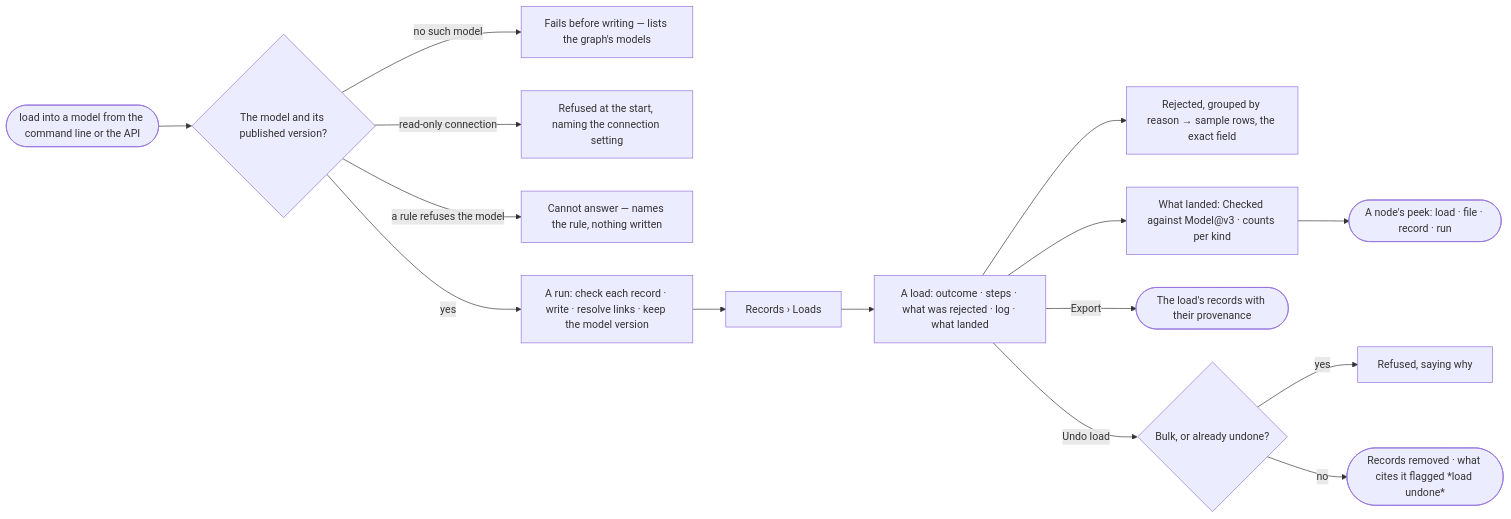
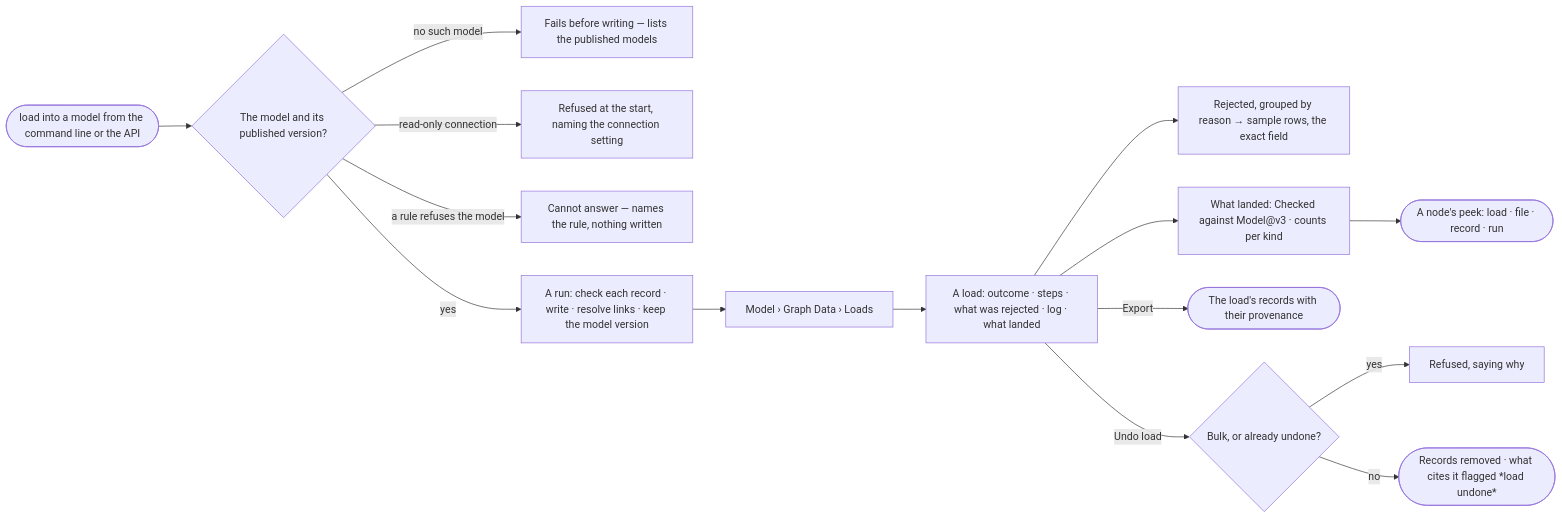
The diagram in specs/capabilities/records/features/RC-F02-bring-records-in/stories/RC-09-see-every-load-and-what-it-rejected/story.md (invana/invana), drawn with Mermaid before and after one commit. The commit also changed other lines of this file and 456 other files, not shown here.

````diff
--- a/specs/capabilities/records/features/RC-F02-bring-records-in/stories/RC-09-see-every-load-and-what-it-rejected/story.md
+++ b/specs/capabilities/records/features/RC-F02-bring-records-in/stories/RC-09-see-every-load-and-what-it-rejected/story.md
@@ -29,17 +30,17 @@
 ```mermaid
 flowchart LR
   c([load into a model from the command line or the API]) --> mv{"The model and its published version?"}
-  mv -->|no such model| x1["Fails before writing — lists the graph's models"]
+  mv -->|no such model| x1["Fails before writing — lists the published models"]
   mv -->|read-only connection| x2["Refused at the start, naming the connection setting"]
   mv -->|a rule refuses the model| x3["Cannot answer — names the rule, nothing written"]
   mv -->|yes| r["A run: check each record · write · resolve links · keep the model version"]
-  r --> imp["Records › Loads"]
+  r --> imp["Model › Graph Data › Loads"]
   imp --> o["A load: outcome · steps · what was rejected · log · what landed"]
   o --> rj["Rejected, grouped by reason → sample rows, the exact field"]
   o --> wl["What landed: Checked against Model@v3 · counts per kind"]
   wl --> nd(["A node's peek: load · file · record · run"])
   o -->|Export| ex(["The load's records with their provenance"])
   o -->|Undo load| ud{"Bulk, or already undone?"}
   ud -->|yes| udx["Refused, saying why"]
   ud -->|no| udo(["Records removed · what cites it flagged *load undone*"])
 ```
````
